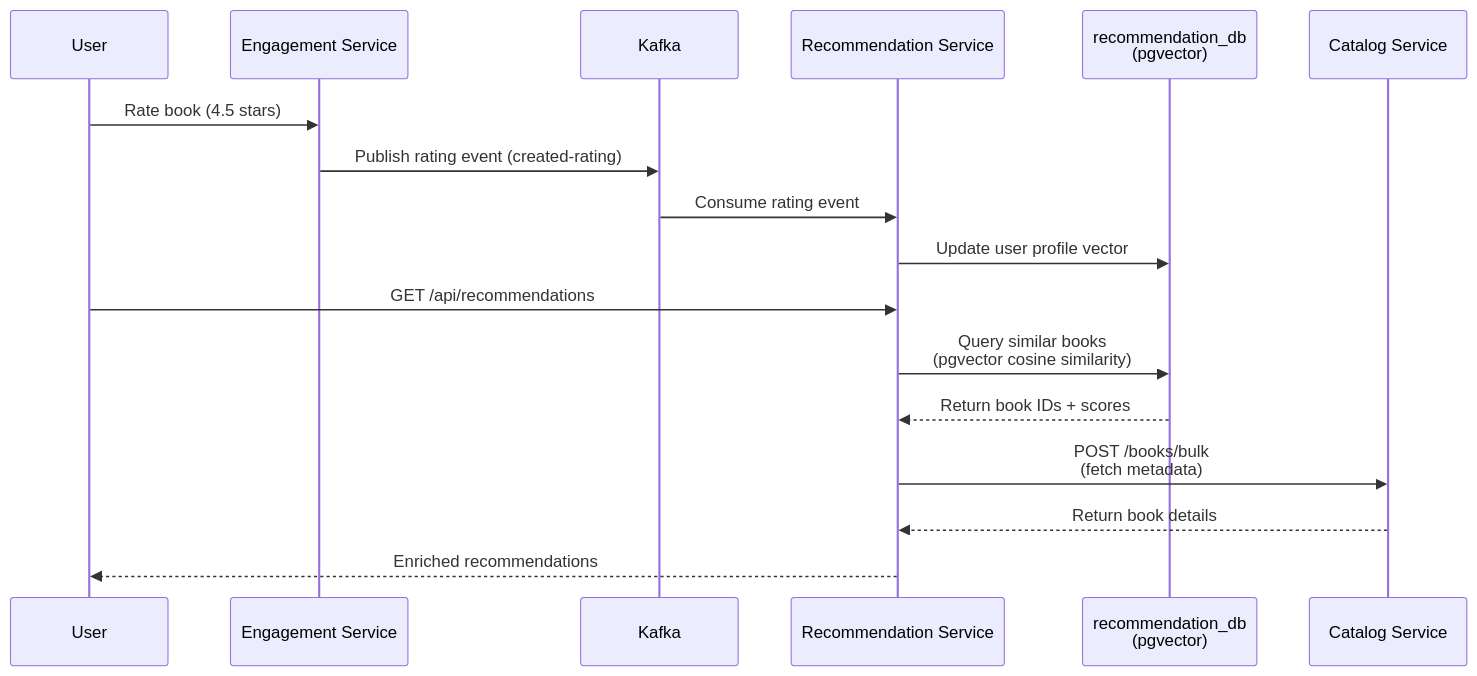
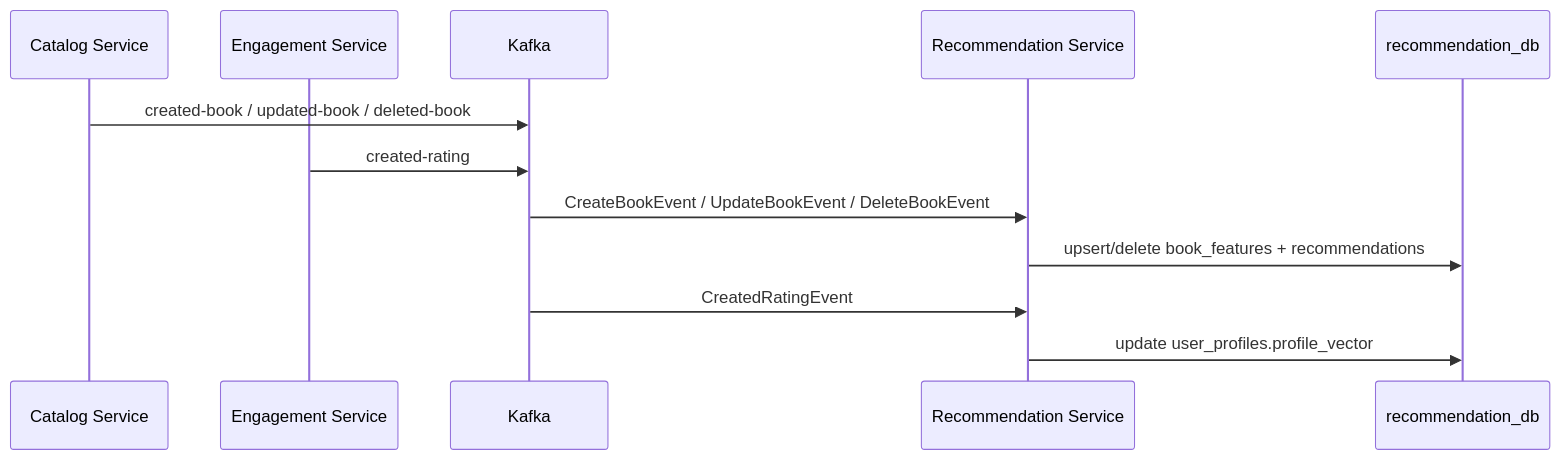
Before and after one commit to Luca5Eckert/VellumHub: the third of 3 diagrams in README.md, drawn with Mermaid. The commit also changed other lines of this file, not shown here.

First line of the commit message:
docs: rewrite README as architecture-first v2.1 document

````diff
--- a/README.md
+++ b/README.md
@@ -134,21 +227,17 @@
 ```mermaid
 sequenceDiagram
-    participant User
-    participant RS as Engagement Service
-    participant Kafka
-    participant RCS as Recommendation Service
-    participant DB as recommendation_db<br/>(pgvector)
     participant CS as Catalog Service
-    
-    User->>RS: Rate book (4.5 stars)
-    RS->>Kafka: Publish rating event (created-rating)
-    Kafka->>RCS: Consume rating event
-    RCS->>DB: Update user profile vector
-    
-    User->>RCS: GET /api/recommendations
-    RCS->>DB: Query similar books<br/>(pgvector cosine similarity)
-    DB-->>RCS: Return book IDs + scores
-    RCS->>CS: POST /books/bulk<br/>(fetch metadata)
-    CS-->>RCS: Return book details
-    RCS-->>User: Enriched recommendations
+    participant ES as Engagement Service
+    participant K as Kafka
+    participant RS as Recommendation Service
+    participant RDB as recommendation_db
+
+    CS->>K: created-book / updated-book / deleted-book
+    ES->>K: created-rating
+
+    K->>RS: CreateBookEvent / UpdateBookEvent / DeleteBookEvent
+    RS->>RDB: upsert/delete book_features + recommendations
+
+    K->>RS: CreatedRatingEvent
+    RS->>RDB: update user_profiles.profile_vector
 ```
````
